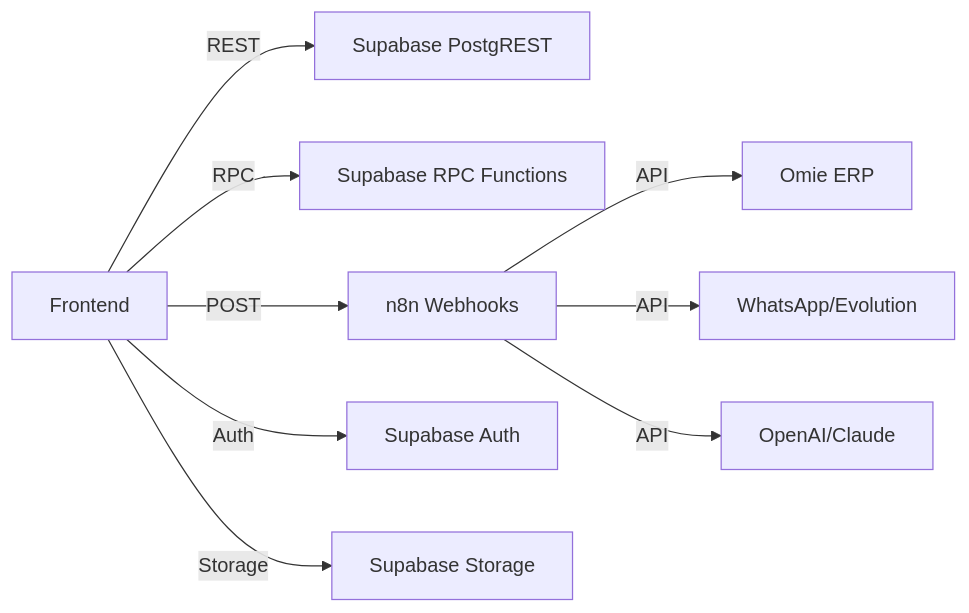
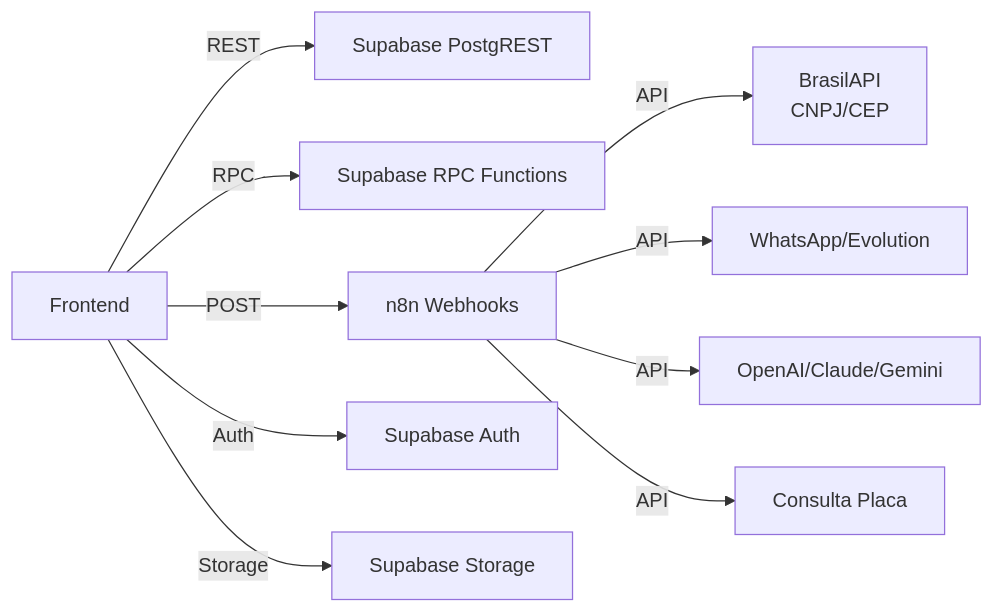
The diagram in docs/obsidian/38 - Mapa de APIs.md (leandroteg/teg-plus), drawn with Mermaid before and after one commit. The commit also changed other lines of this file and 11 other files, not shown here.

````diff
--- a/docs/obsidian/38 - Mapa de APIs.md
+++ b/docs/obsidian/38 - Mapa de APIs.md
@@ -16,11 +17,12 @@
 ```mermaid
 flowchart LR
     FE[Frontend] -->|REST| SB[Supabase PostgREST]
     FE -->|RPC| RPC[Supabase RPC Functions]
     FE -->|POST| N8N[n8n Webhooks]
     FE -->|Auth| AUTH[Supabase Auth]
     FE -->|Storage| STG[Supabase Storage]
-    N8N -->|API| OMIE[Omie ERP]
+    N8N -->|API| BRASIL[BrasilAPI\nCNPJ/CEP]
     N8N -->|API| WPP[WhatsApp/Evolution]
-    N8N -->|API| AI[OpenAI/Claude]
+    N8N -->|API| AI[OpenAI/Claude/Gemini]
+    N8N -->|API| PLACA[Consulta Placa]
 ```
````
